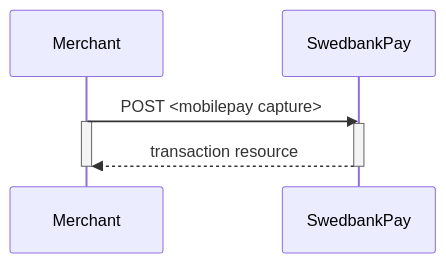
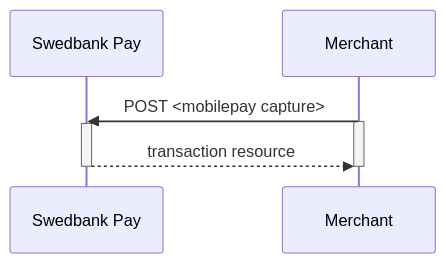
Before and after one commit to SwedbankPay/developer.swedbankpay.com: the first of 3 diagrams in payments/mobile-pay/after-payment.md, drawn with Mermaid. The commit also changed other lines of this file, not shown here.

Commit message:
DX-502 Mobile pay after payment fixes to tables and examples

````diff
--- a/payments/mobile-pay/after-payment.md
+++ b/payments/mobile-pay/after-payment.md
@@ -378,9 +380,11 @@
 ```mermaid
 sequenceDiagram
-  Merchant->>SwedbankPay: POST <mobilepay capture>
-  Activate Merchant
-  Activate SwedbankPay
-  SwedbankPay-->>Merchant: transaction resource
-  Deactivate SwedbankPay
-  Deactivate Merchant
+    participant SwedbankPay as Swedbank Pay
+
+    Merchant->>SwedbankPay: POST <mobilepay capture>
+    Activate Merchant
+    Activate SwedbankPay
+    SwedbankPay-->>Merchant: transaction resource
+    Deactivate SwedbankPay
+    Deactivate Merchant
 ```
````
